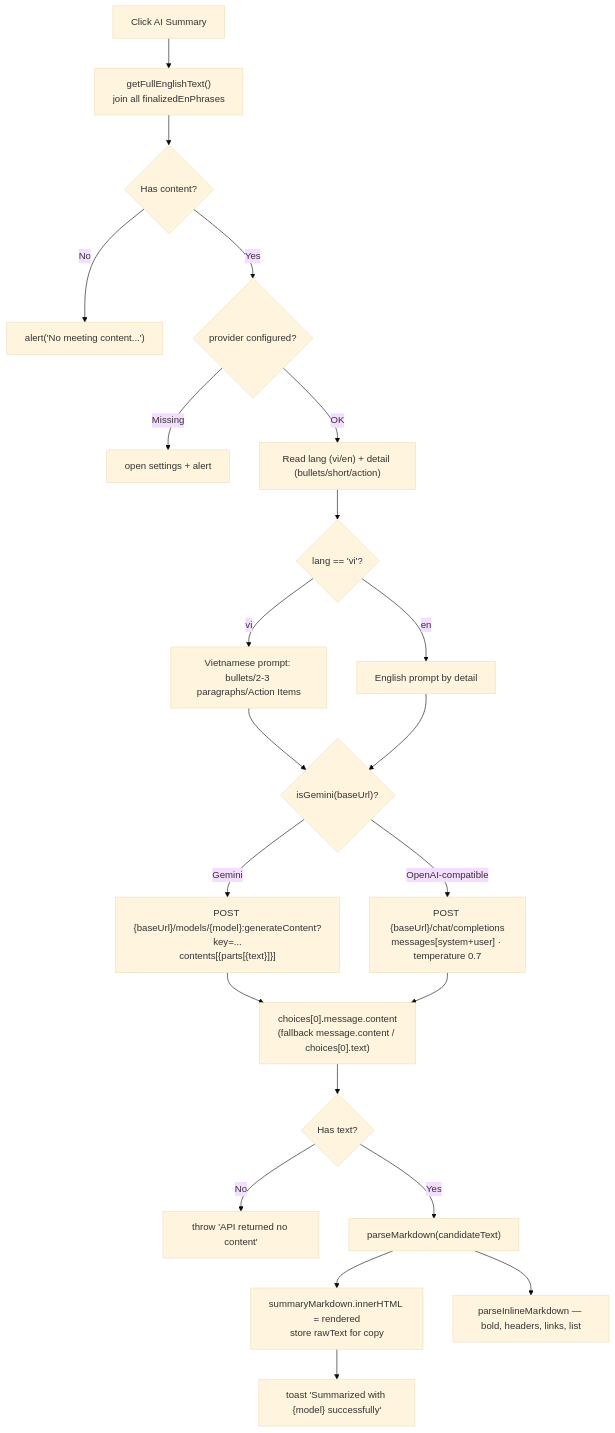
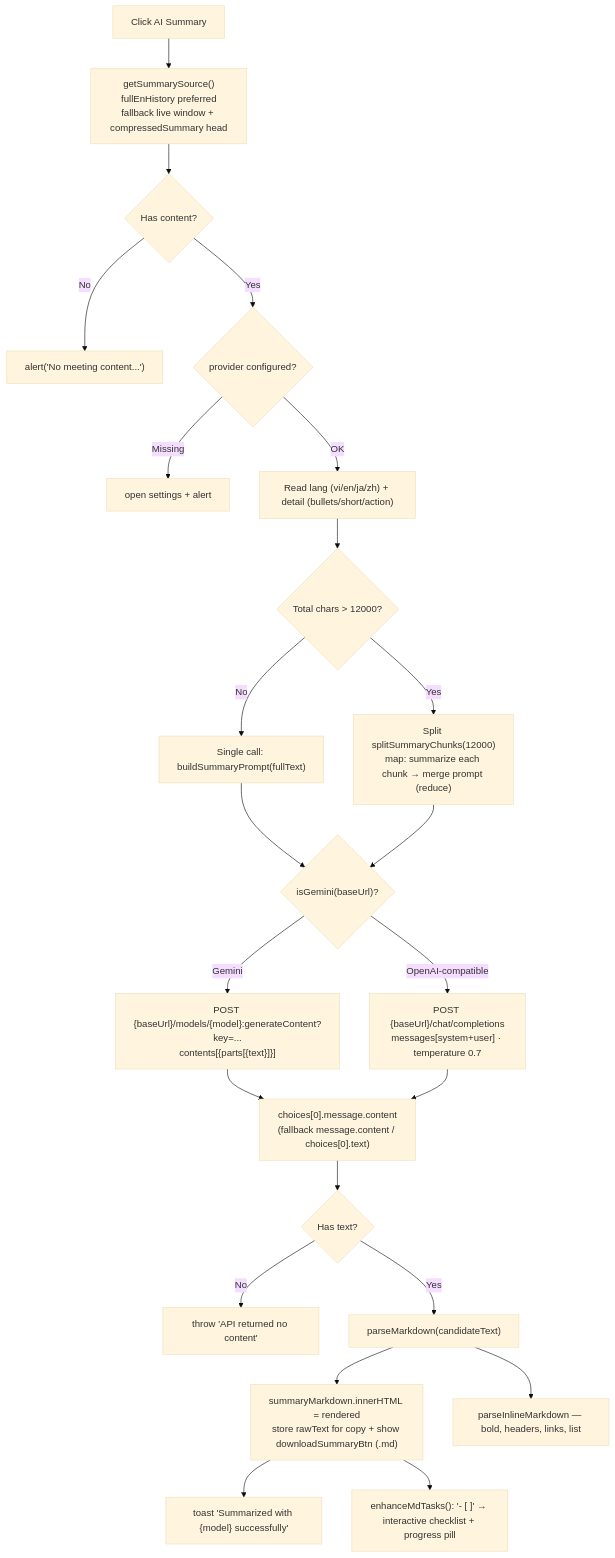
The seventh of 9 diagrams in README.md (nbhson/app-live-translate-extension), drawn with Mermaid (base theme) before and after one commit. The commit also changed other lines of this file and 16 other files, not shown here.

First line of the commit message:
chore(1.4.0): UI overhaul port React copilot + full-meeting summary + STT guard, docs sync

````diff
--- a/README.md
+++ b/README.md
@@ -309,28 +309,28 @@
 ```mermaid
 flowchart TD
-    A["Click AI Summary"] --> B["getFullEnglishText()<br/>join all finalizedEnPhrases"]
+    A["Click AI Summary"] --> B["getSummarySource()<br/>fullEnHistory preferred<br/>fallback live window + compressedSummary head"]
     B --> C{"Has content?"}
     C -- "No" --> ER["alert('No meeting content...')"]
     C -- "Yes" --> D{"provider configured?"}
     D -- "Missing" --> ER2["open settings + alert"]
-    D -- "OK" --> E["Read lang (vi/en) + detail (bullets/short/action)"]
+    D -- "OK" --> E["Read lang (vi/en/ja/zh) + detail (bullets/short/action)"]
+    E --> CH{"Total chars > 12000?"}
+    CH -- "No" --> S1["Single call: buildSummaryPrompt(fullText)"]
+    CH -- "Yes" --> S2["Split splitSummaryChunks(12000)<br/>map: summarize each chunk → merge prompt (reduce)"]
 
-    E --> F{"lang == 'vi'?"}
-    F -- "vi" --> G["Vietnamese prompt: bullets/2-3 paragraphs/Action Items"]
-    F -- "en" --> H["English prompt by detail"]
-
-    G --> I{"isGemini(baseUrl)?"}
-    H --> I
+    S1 --> I{"isGemini(baseUrl)?"}
+    S2 --> I
     I -- "Gemini" --> J["POST {baseUrl}/models/{model}:generateContent?key=...<br/>contents[{parts[{text}]}]"]
     I -- "OpenAI-compatible" --> K["POST {baseUrl}/chat/completions<br/>messages[system+user] · temperature 0.7"]
 
     J --> L["candidates[0].content.parts[0].text"]
     K --> L["choices[0].message.content<br/>(fallback message.content / choices[0].text)"]
     L --> M{"Has text?"}
     M -- "No" --> ER3["throw 'API returned no content'"]
     M -- "Yes" --> N["parseMarkdown(candidateText)"]
-    N --> O["summaryMarkdown.innerHTML = rendered<br/>store rawText for copy"]
+    N --> O["summaryMarkdown.innerHTML = rendered<br/>store rawText for copy + show downloadSummaryBtn (.md)"]
     O --> P["toast 'Summarized with {model} successfully'"]
+    O --> Q2["enhanceMdTasks(): '- [ ]' → interactive checklist + progress pill"]
 
     N --> Q["parseInlineMarkdown — bold, headers, links, list"]
 ```
````
